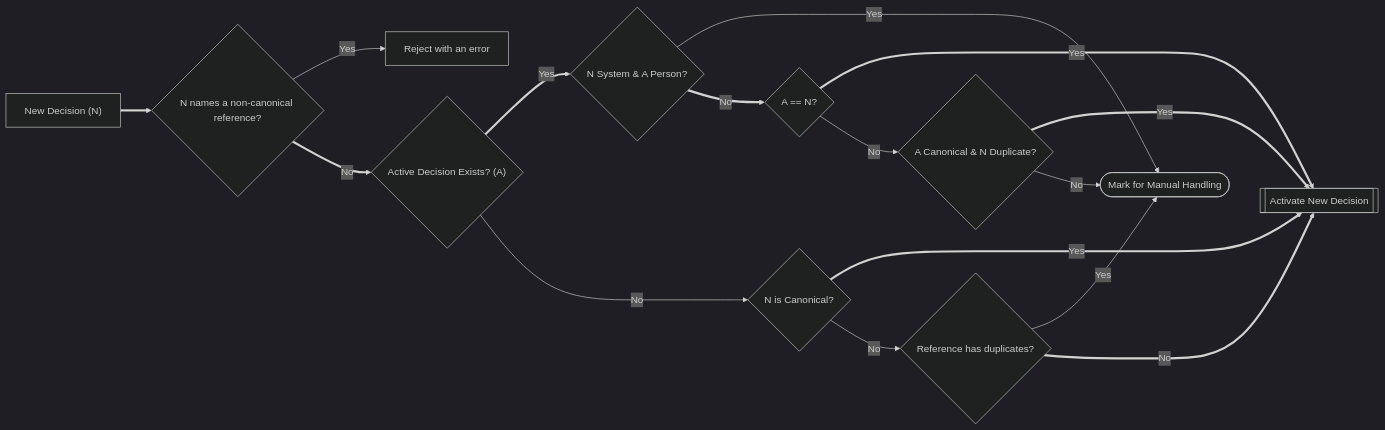
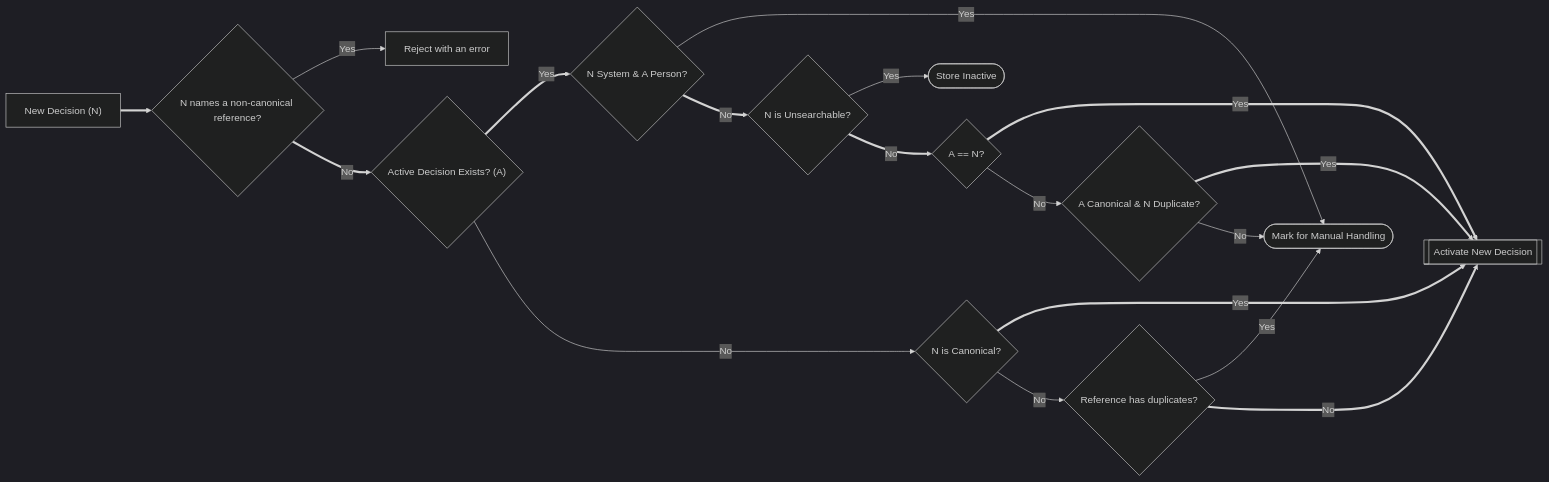
One commit to destiny-evidence/destiny-repository changed the sixth of 6 diagrams in docs/procedures/deduplication.rst. Above: the diagram before and after it, drawn with Mermaid (dark theme). The commit also changed other lines of this file and 2 other files, not shown here.

Commit message:
make unsearchable decisions inactive if there is already an active decision

```diff
--- a/docs/procedures/deduplication.rst
+++ b/docs/procedures/deduplication.rst
@@ -233,32 +233,36 @@
 .. mermaid::
 
     flowchart LR
 
         N["New Decision (N)"]
         C0{"N names a non-canonical reference?"}
         C1{"Active Decision Exists? (A)"}
         CA{"N System & A Person?"}
+        CU{N is Unsearchable?}
         C2{A == N?}
         C3{A Canonical & N Duplicate?}
         C4{N is Canonical?}
         C6{Reference has duplicates?}
         T[[Activate New Decision]]
         M([Mark for Manual Handling])
+        K([Store Inactive])
         E["Reject with an error"]
 
         N ==> C0
         C0 -->|Yes| E
         C0 ==>|No| C1
         C1 ==>|Yes| CA
         C1 -->|No| C4
         CA -->|Yes| M
-        CA ==>|No| C2
+        CA ==>|No| CU
+        CU -->|Yes| K
+        CU ==>|No| C2
         C2 ==>|Yes| T
         C2 -->|No| C3
         C3 ==>|Yes| T
         C3 -->|No| M
         C4 ==>|Yes| T
         C4 -->|No| C6
         C6 -->|Yes| M
         C6 ==>|No| T
         M ~~~ T
```
